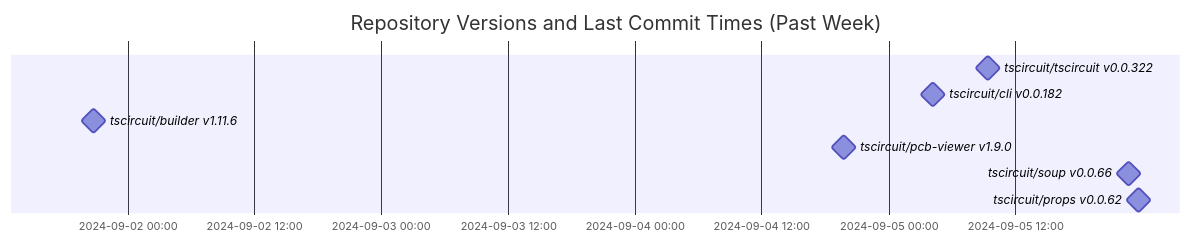
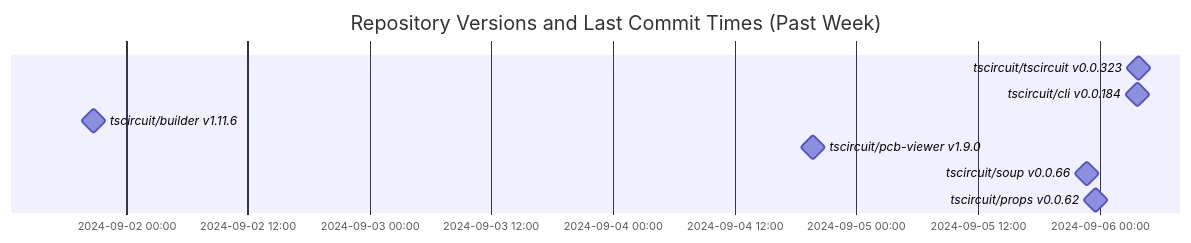
One commit to tscircuit/version-tracker changed the diagram in README.md. Above: the diagram before and after it, drawn with Mermaid.

Commit message:
Update chart

````diff
--- a/README.md
+++ b/README.md
@@ -1,13 +1,13 @@
 ```mermaid
 gantt
   dateFormat  YYYY-MM-DD HH:mm:ss
   title Repository Versions and Last Commit Times (Past Week)
   axisFormat %Y-%m-%d %H:%M
 
-  tscircuit/tscircuit v0.0.322 : milestone, 2024-09-05 09:22:41, 1s
-  tscircuit/cli v0.0.182 : milestone, 2024-09-05 04:10:53, 1s
+  tscircuit/tscircuit v0.0.323 : milestone, 2024-09-06 03:50:14, 1s
+  tscircuit/cli v0.0.184 : milestone, 2024-09-06 03:44:00, 1s
   tscircuit/builder v1.11.6 : milestone, 2024-09-01 20:47:46, 1s
   tscircuit/pcb-viewer v1.9.0 : milestone, 2024-09-04 19:45:38, 1s
   tscircuit/soup v0.0.66 : milestone, 2024-09-05 22:41:45, 1s
   tscircuit/props v0.0.62 : milestone, 2024-09-05 23:38:33, 1s
 ```
````
